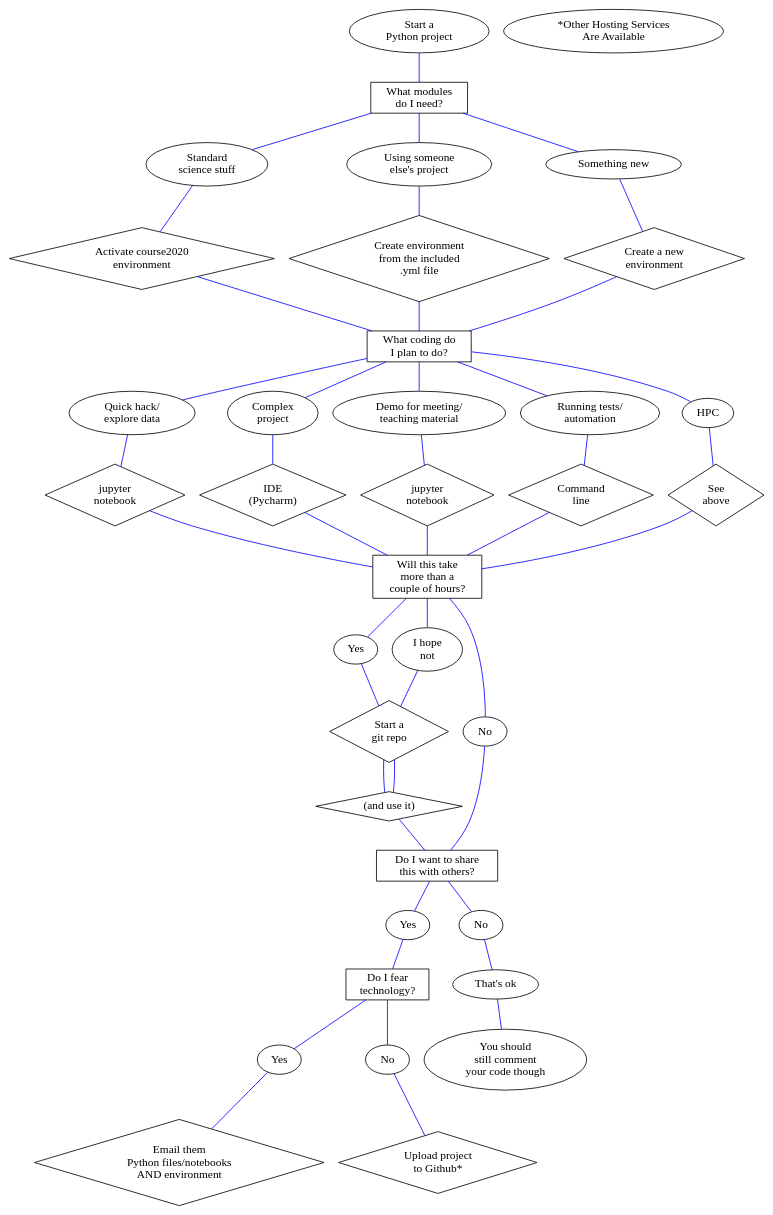
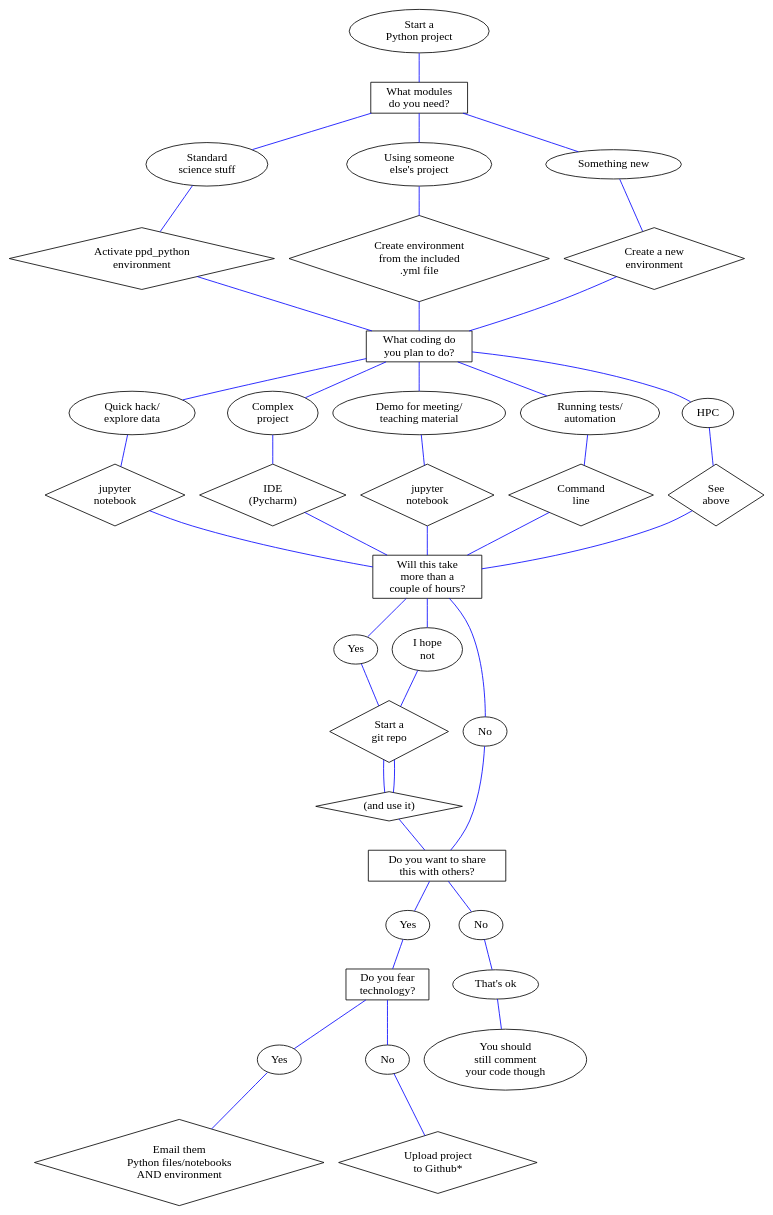
One commit to callumrollo/how-python changed the diagram in images/decision.gv. Above: the diagram before and after it, drawn with Graphviz. The commit also changed 2 other files, not shown here.

```diff
--- a/images/decision.gv
+++ b/images/decision.gv
@@ -1,64 +1,63 @@
  graph graphname {
      // This attribute applies to the graph itself
      size="30,100";
      // The label attribute can be used to change the label of a node
      a [label="Start a\nPython project"];
      // Here, the node shape is changed.
-     b [shape=box, label="What modules\ndo I need?"];
+     b [shape=box, label="What modules\ndo you need?"];
      c [label="Standard\nscience stuff"];
-     d [label="Activate course2020\n environment", shape=diamond];
+     d [label="Activate ppd_python\n environment", shape=diamond];
      e [label="Using someone\nelse's project"];
      f [label="Create environment\n from the included\n .yml file", shape=diamond];
      g [label="Something new"];
      h [label="Create a new\nenvironment", shape=diamond];
 
-     i [label="What coding do\n I plan to do?", shape=box];
+     i [label="What coding do\n you plan to do?", shape=box];
      j [label="Quick hack/\nexplore data "]
      k [label="jupyter\n notebook", shape=diamond]
      l [label="Complex\nproject"]
      m [label="IDE\n(Pycharm)", shape=diamond]
      n [label="Demo for meeting/\nteaching material "]
      o [label=" jupyter\nnotebook", shape=diamond]
      p [label="Running tests/\nautomation "]
      q [label="Command\nline", shape=diamond]
      pp [label="HPC"]
      qq [label="See\nabove", shape=diamond]
 
      r [label="Will this take\n more than a\ncouple of hours?", shape=box]
      s [label="Yes"]
      t [label="No"]
      u [label="I hope\nnot"]
      v [label="Start a\ngit repo", shape=diamond]
      vv [label="(and use it)", shape=diamond]
-     w [label="Do I want to share\nthis with others?", shape=box]
+     w [label="Do you want to share\nthis with others?", shape=box]
      w1 [label="Yes"]
      w2 [label="No"]
-     x [label="Do I fear\ntechnology?", shape=box]
+     x [label="Do you fear\ntechnology?", shape=box]
      x1 [label="Yes"]
      x2 [label="No"]
      y [label="Email them\nPython files/notebooks\nAND environment", shape=diamond]
      z [label="Upload project\nto Github*", shape=diamond]
      wa [label="That's ok"]
      wb [label="You should\nstill comment\nyour code though"]
-     zz [label="*Other Hosting Services\nAre Available"]
 
 
      // These edges both have different line properties
      a -- b -- c --d--i [color=blue];
      b -- e --f--i [color=blue];
      b -- g --h--i [color=blue];
      i -- j --k --r [color=blue];
      i -- l --m --r [color=blue];
      i -- n --o --r [color=blue];
      i -- p --q --r [color=blue];
      i -- pp --qq --r [color=blue];
      r -- t -- w [color=blue];
      r -- s -- v -- vv -- w [color=blue];
      r -- u --v --vv [color=blue];
      w -- w1 -- x -- x1 -- y [color=blue];
      x -- x2 -- z [color=blue];
      w -- w2 -- wa --wb  [color=blue];
 
      //b -- d [style=dotted]; [color=blue];
      // [style=invis] hides a node.
    }
```
